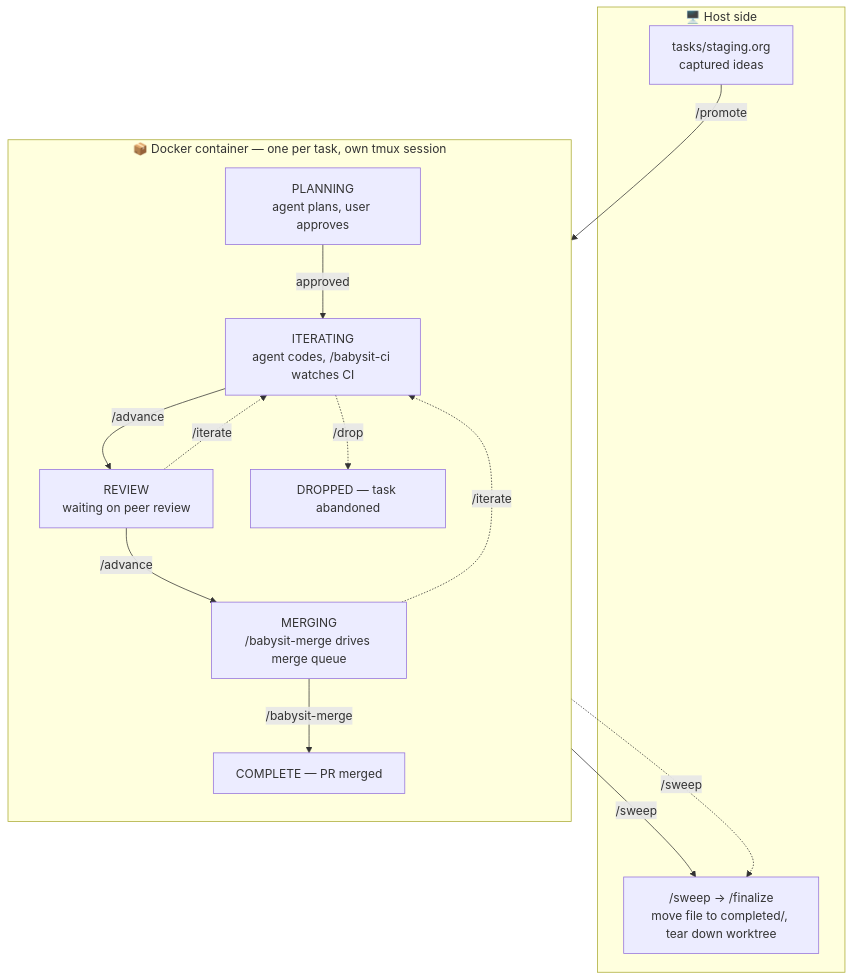
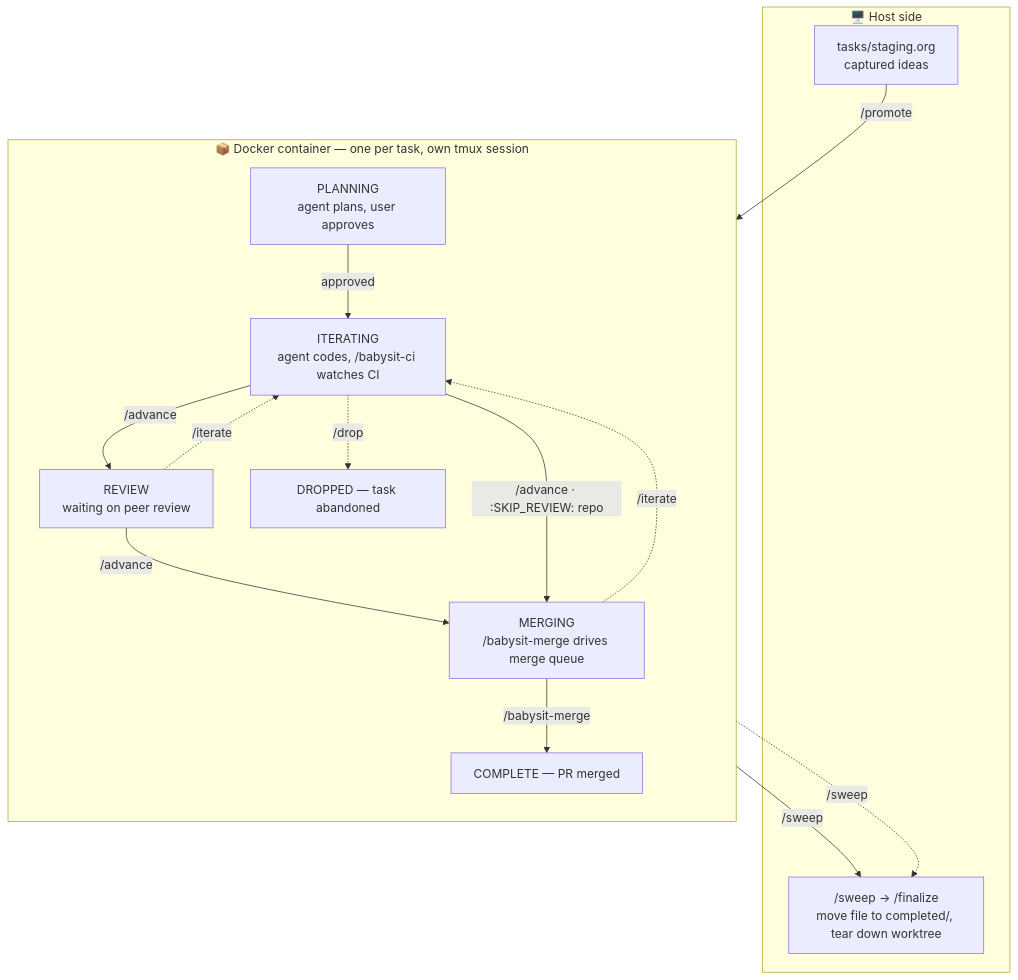
One commit to tildesrc/cloude-cade changed the diagram in README.md. Above: the diagram before and after it, drawn with Mermaid. The commit also changed other lines of this file and 6 other files, not shown here.

First line of the commit message:
Add per-repo :SKIP_REVIEW: opt-out of peer review

````diff
--- a/README.md
+++ b/README.md
@@ -57,29 +57,30 @@
 ```mermaid
 flowchart TD
     subgraph host["🖥️  Host side"]
         STAGING["tasks/staging.org<br/>captured ideas"]
         CLEANUP["/sweep → /finalize<br/>move file to completed/, tear down worktree"]
     end
 
     subgraph container["📦  Docker container — one per task, own tmux session"]
         direction TB
         PLANNING["PLANNING<br/>agent plans, user approves"]
         ITERATING["ITERATING<br/>agent codes, /babysit-ci watches CI"]
         REVIEW["REVIEW<br/>waiting on peer review"]
         MERGING["MERGING<br/>/babysit-merge drives merge queue"]
         COMPLETE["COMPLETE — PR merged"]
         DROPPED["DROPPED — task abandoned"]
     end
 
     STAGING -->|"/promote"| PLANNING
     PLANNING -->|"approved"| ITERATING
     ITERATING -->|"/advance"| REVIEW
     REVIEW -->|"/advance"| MERGING
+    ITERATING -->|"/advance · :SKIP_REVIEW: repo"| MERGING
     MERGING -->|"/babysit-merge"| COMPLETE
     COMPLETE -->|"/sweep"| CLEANUP
 
     REVIEW -.->|"/iterate"| ITERATING
     MERGING -.->|"/iterate"| ITERATING
     ITERATING -.->|"/drop"| DROPPED
     DROPPED -.->|"/sweep"| CLEANUP
 ```
````
